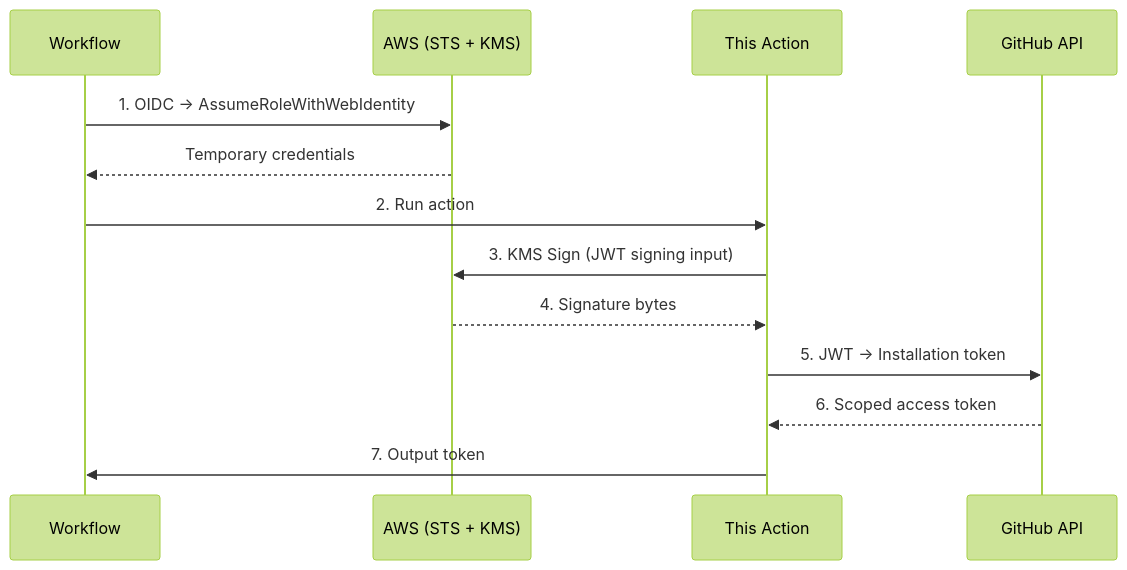
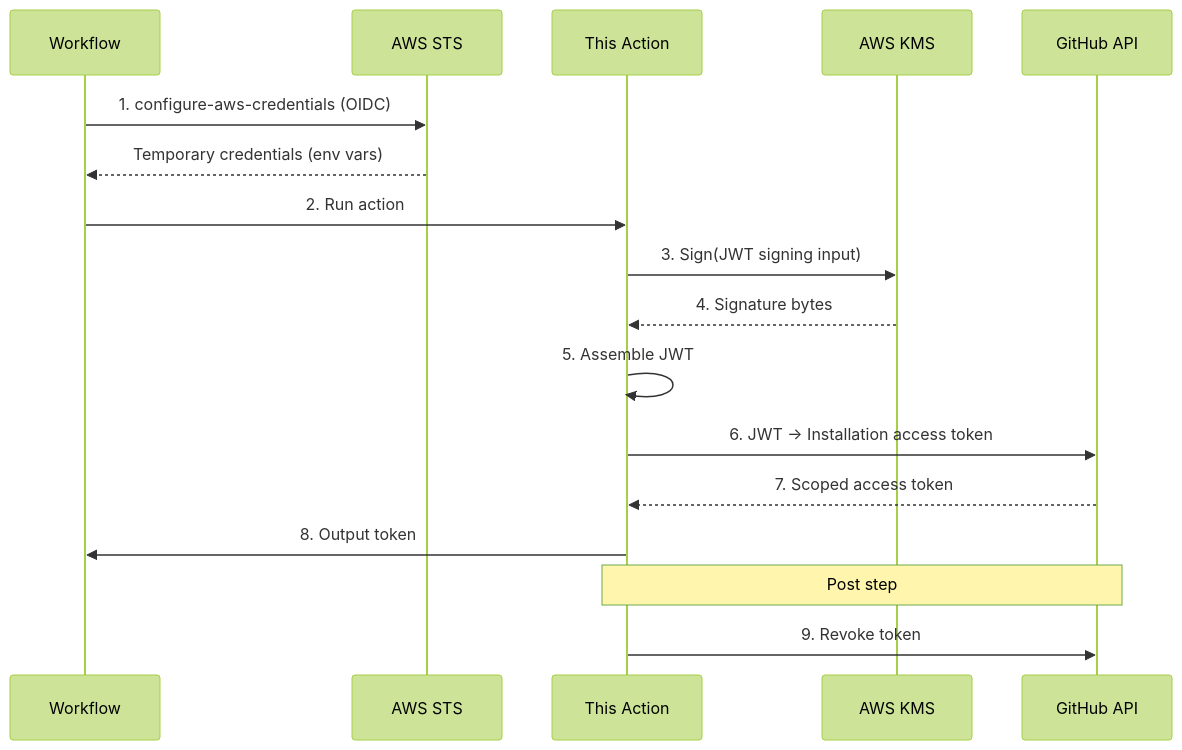
One commit to konippi/create-github-app-token-aws-kms changed the diagram in README.md. Above: the diagram before and after it, drawn with Mermaid (forest theme).

Commit message:
fix: marmaid in readme

````diff
--- a/README.md
+++ b/README.md
@@ -12,16 +12,20 @@
 ```mermaid
 sequenceDiagram
     participant WF as Workflow
-    participant AWS as AWS (STS + KMS)
+    participant STS as AWS STS
     participant Action as This Action
+    participant KMS as AWS KMS
     participant GH as GitHub API
 
-    WF->>AWS: 1. OIDC → AssumeRoleWithWebIdentity
-    AWS-->>WF: Temporary credentials
+    WF->>STS: 1. configure-aws-credentials (OIDC)
+    STS-->>WF: Temporary credentials (env vars)
     WF->>Action: 2. Run action
-    Action->>AWS: 3. KMS Sign (JWT signing input)
-    AWS-->>Action: 4. Signature bytes
-    Action->>GH: 5. JWT → Installation token
-    GH-->>Action: 6. Scoped access token
-    Action->>WF: 7. Output token
+    Action->>KMS: 3. Sign(JWT signing input)
+    KMS-->>Action: 4. Signature bytes
+    Action->>Action: 5. Assemble JWT
+    Action->>GH: 6. JWT → Installation access token
+    GH-->>Action: 7. Scoped access token
+    Action->>WF: 8. Output token
+    Note over Action,GH: Post step
+    Action->>GH: 9. Revoke token
 ```
````
